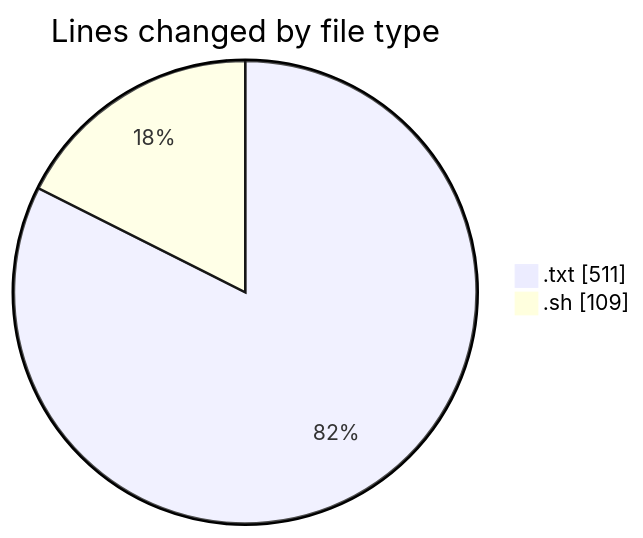
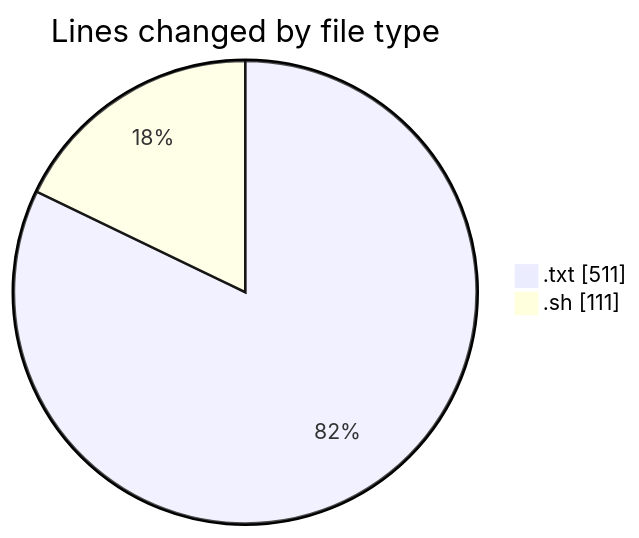
One commit to ricardozamudiocil/code-tracking changed the first of 2 diagrams in 2026-04-16/scripts/README.md. Above: the diagram before and after it, drawn with Mermaid. The commit also changed other lines of this file and 1 other file, not shown here.

````diff
--- a/2026-04-16/scripts/README.md
+++ b/2026-04-16/scripts/README.md
@@ -21,6 +21,6 @@
 ```mermaid
 pie showData
 title Lines changed by file type
 ".txt" : 511
-".sh" : 109
+".sh" : 111
 ```
````
